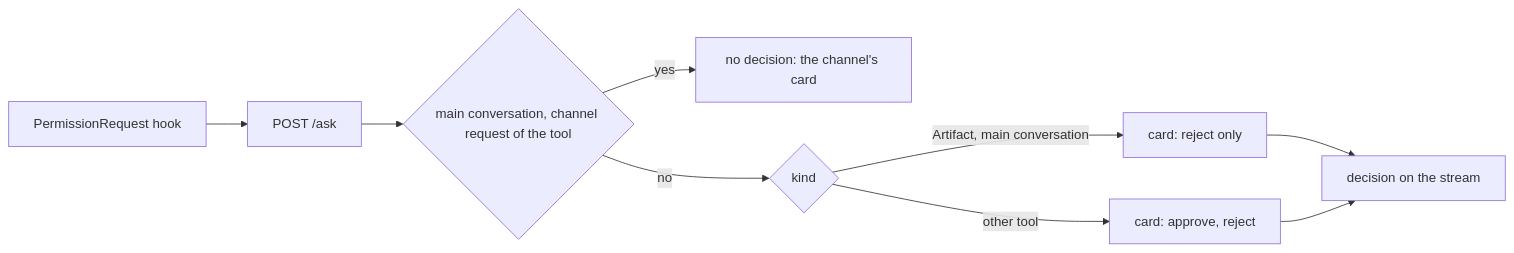
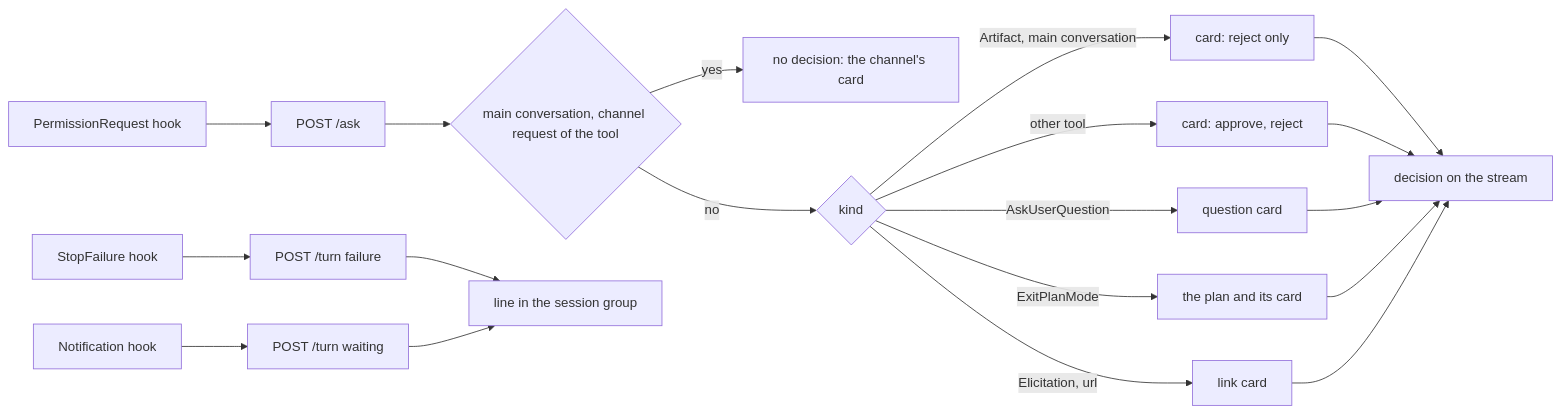
One commit to simplex-chat/simplex-chat changed the fourth of 9 diagrams in packages/simplex-chat-mcp/spec/architecture.md. Above: the diagram before and after it, drawn with Mermaid. The commit also changed other lines of this file and 18 other files, not shown here.

Commit message:
mcp: Claude's questions, plans and stops in the session group

````diff
--- a/packages/simplex-chat-mcp/spec/architecture.md
+++ b/packages/simplex-chat-mcp/spec/architecture.md
@@ -779,11 +780,21 @@
 ```mermaid
 flowchart LR
   K[PermissionRequest hook] --> A[POST /ask]
   A --> R{main conversation, channel request of the tool}
   R -- yes --> N[no decision: the channel's card]
   R -- no --> C{kind}
   C -- Artifact, main conversation --> T[card: reject only]
   C -- other tool --> P[card: approve, reject]
+  C -- AskUserQuestion --> Q[question card]
+  C -- ExitPlanMode --> PL[the plan and its card]
+  C -- Elicitation, url --> L[link card]
   T --> D[decision on the stream]
   P --> D
+  Q --> D
+  PL --> D
+  L --> D
+  F[StopFailure hook] --> TU[POST /turn failure]
+  O[Notification hook] --> TW[POST /turn waiting]
+  TU --> LN[line in the session group]
+  TW --> LN
 ```
````
